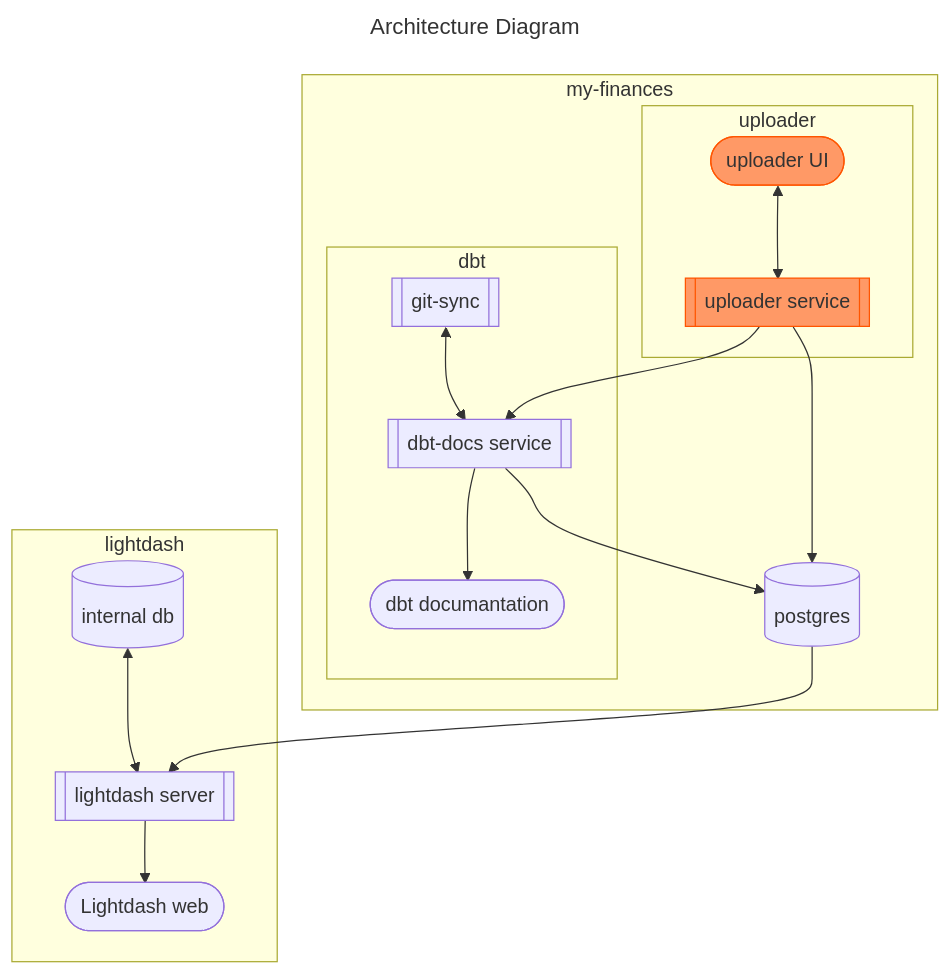
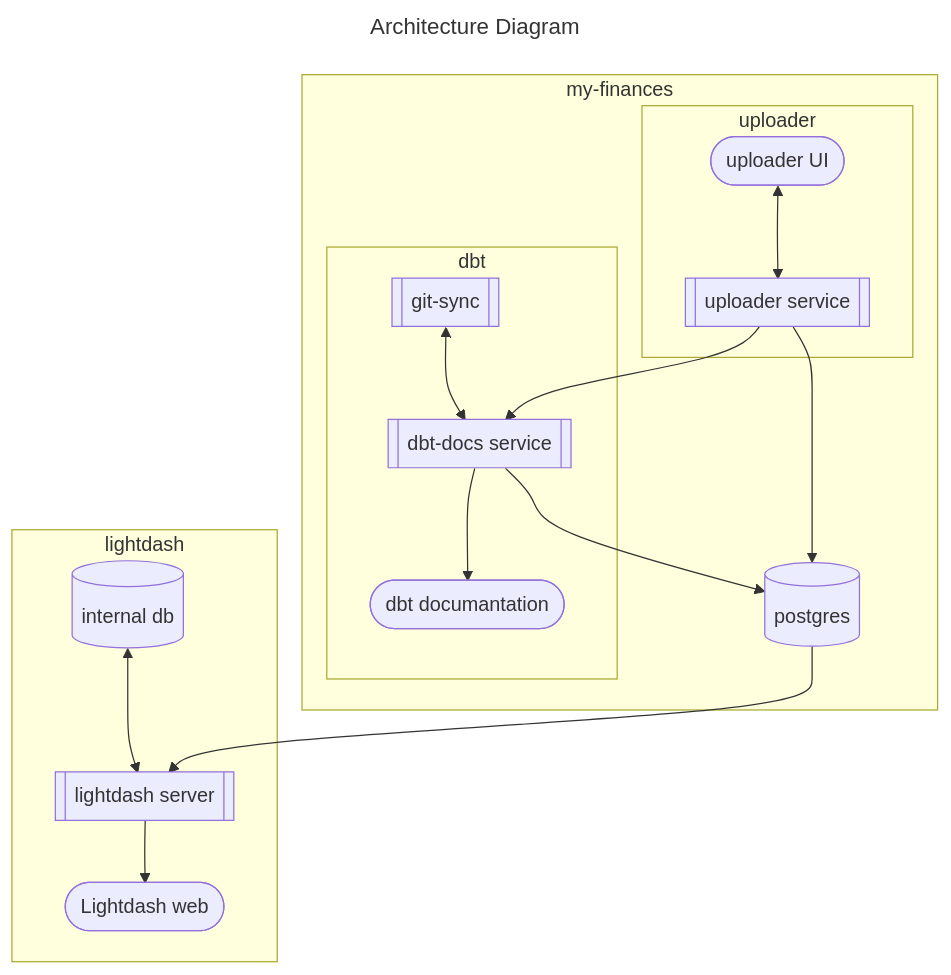
One commit to PabloPardoGarcia/my-finances changed the diagram in README.md. Above: the diagram before and after it, drawn with Mermaid.

Commit message:
update diagram

````diff
--- a/README.md
+++ b/README.md
@@ -14,41 +14,41 @@
 ```mermaid
 ---
 title: Architecture Diagram
 ---
 flowchart TB
     %% Graph definition
     subgraph my-finances
         subgraph dbt
             s1[[dbt-docs service]];
             web1([dbt documantation]);
             s2[[git-sync]];
             s1 --> web1
             s2 <--> s1
         end
         subgraph uploader
-            s3[["uploader service"]]:::todoclass;
-            web3(["uploader UI"]):::todoclass;
+            s3[["uploader service"]]
+            web3(["uploader UI"]);
             s3 --> s1
             web3 <--> s3
         end
         db1[(postgres)];
         s1 --> db1
         s3 --> db1
         
     end
     subgraph lightdash
         sb2[(internal db)];
         s4[[lightdash server]];
         web2([Lightdash web]);
         sb2 <--> s4 
         s4 --> web2
     end
     db1 --> s4
     
     %% Interactions
     click web1 "https://docs.getdbt.com/docs/collaborate/documentation" _blank
     click web2 "https://www.lightdash.com/" _blank
     
     %% Styling
     classDef todoclass fill:#f96,stroke:#f50
 ```
````
